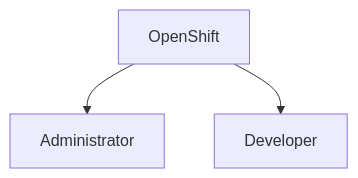
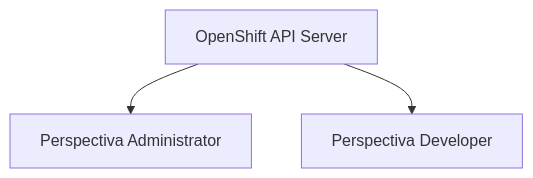
Before and after one commit to ieftraining/curso-openshift: the second of 7 diagrams in docs/sesion1/1.6 Consola web.md, drawn with Mermaid. The commit also changed other lines of this file, not shown here.

````diff
--- a/docs/sesion1/1.6 Consola web.md
+++ b/docs/sesion1/1.6 Consola web.md
@@ -33,6 +42,6 @@
 ```mermaid
 flowchart TD
-    A[OpenShift]
-    --> B[Administrator]
-    A --> C[Developer]
+    A[OpenShift API Server]
+    A --> B[Perspectiva Administrator]
+    A --> C[Perspectiva Developer]
 ```
````
